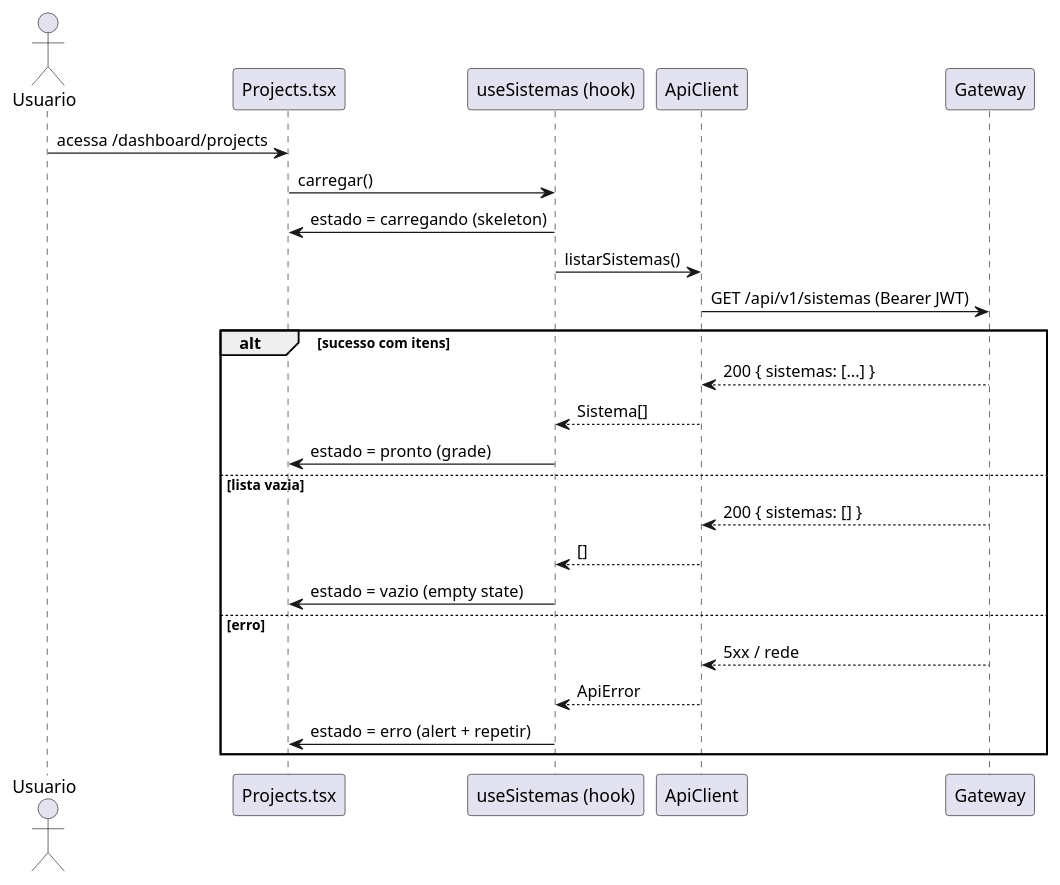
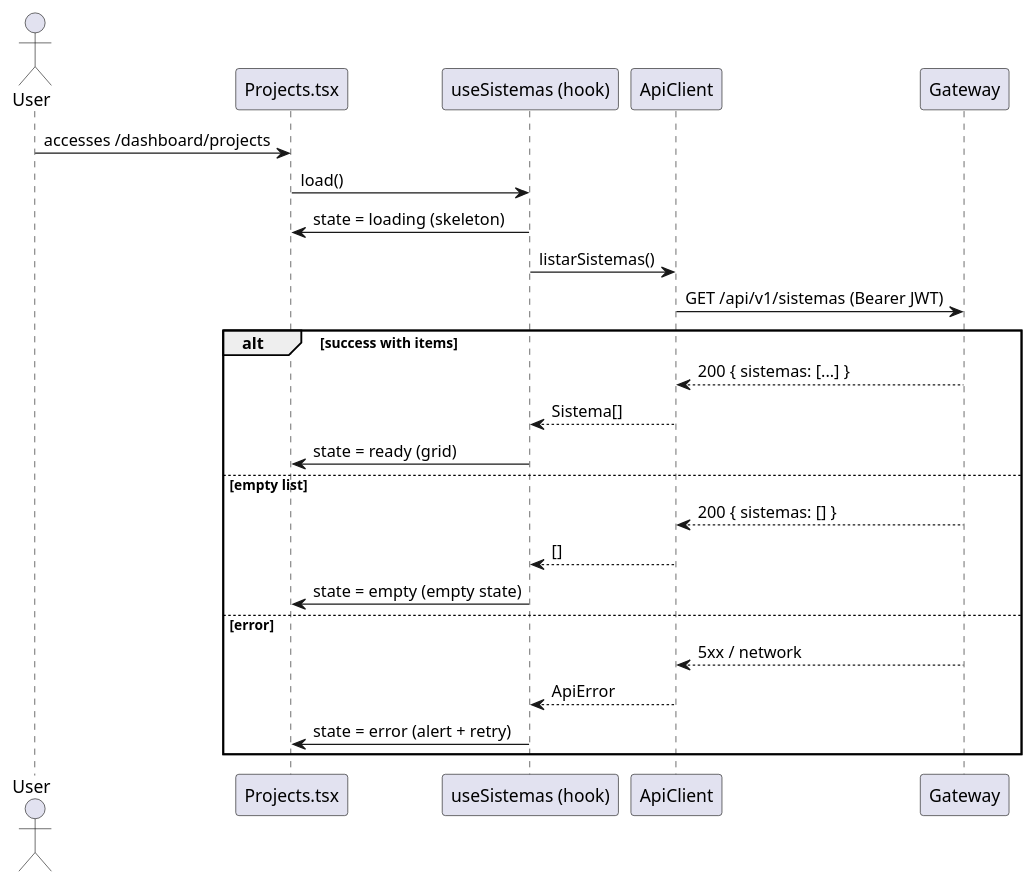
Before and after one commit to GiovaniRodrigo/arquitetura-mach-saas-nocode: the second of 3 diagrams in specs/003-dashboard-integracao-dados/spec.md, drawn with PlantUML. The commit also changed other lines of this file and 86 other files, not shown here.

````diff
--- a/specs/003-dashboard-integracao-dados/spec.md
+++ b/specs/003-dashboard-integracao-dados/spec.md
@@ -188,28 +188,28 @@
 ```plantuml
 @startuml
-actor Usuario
+actor User
 participant "Projects.tsx" as V
 participant "useSistemas (hook)" as H
 participant "ApiClient" as C
 participant "Gateway" as G
 
-Usuario -> V : acessa /dashboard/projects
-V -> H : carregar()
-H -> V : estado = carregando (skeleton)
+User -> V : accesses /dashboard/projects
+V -> H : load()
+H -> V : state = loading (skeleton)
 H -> C : listarSistemas()
 C -> G : GET /api/v1/sistemas (Bearer JWT)
-alt sucesso com itens
+alt success with items
   G --> C : 200 { sistemas: [...] }
   C --> H : Sistema[]
-  H -> V : estado = pronto (grade)
-else lista vazia
+  H -> V : state = ready (grid)
+else empty list
   G --> C : 200 { sistemas: [] }
   C --> H : []
-  H -> V : estado = vazio (empty state)
-else erro
-  G --> C : 5xx / rede
+  H -> V : state = empty (empty state)
+else error
+  G --> C : 5xx / network
   C --> H : ApiError
-  H -> V : estado = erro (alert + repetir)
+  H -> V : state = error (alert + retry)
 end
 @enduml
 ```
````
